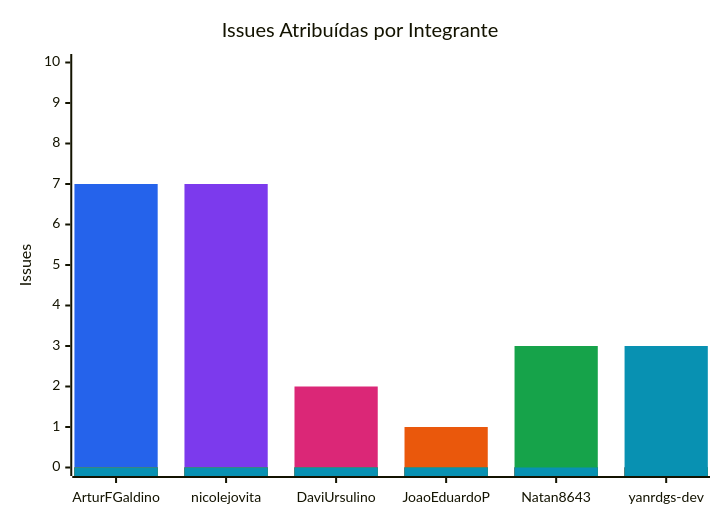
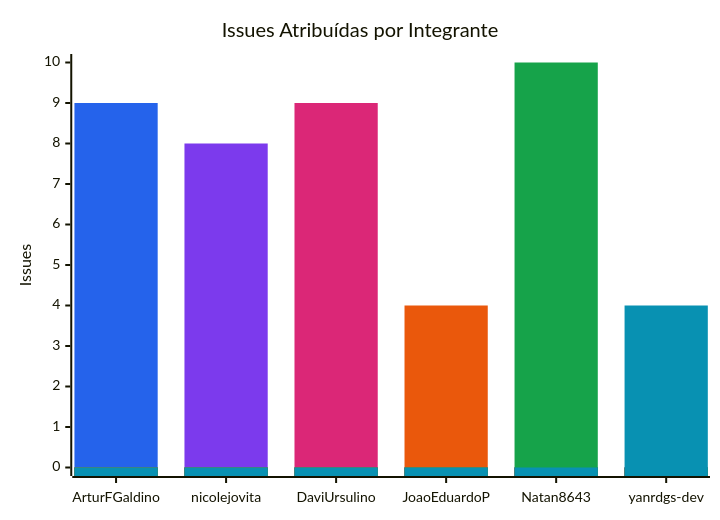
Before and after one commit to FCTE-Qualidade-de-Software-1/2026-2_T02_KAY_MCNULTY: the diagram in snippets/assigned-issues.mmd, drawn with Mermaid. The commit also changed 11 other files, not shown here.

```diff
--- a/snippets/assigned-issues.mmd
+++ b/snippets/assigned-issues.mmd
@@ -1,11 +1,11 @@
 %%{init: {"themeVariables": {"xyChart": {"plotColorPalette": "#2563eb, #7c3aed, #db2777, #ea580c, #16a34a, #0891b2"}}}}%%
 xychart-beta
     title "Issues Atribuídas por Integrante"
     x-axis ["ArturFGaldino", "nicolejovita", "DaviUrsulino", "JoaoEduardoP", "Natan8643", "yanrdgs-dev"]
     y-axis "Issues" 0 --> 10
-    bar [7, 0, 0, 0, 0, 0]
-    bar [0, 7, 0, 0, 0, 0]
-    bar [0, 0, 2, 0, 0, 0]
-    bar [0, 0, 0, 1, 0, 0]
-    bar [0, 0, 0, 0, 3, 0]
-    bar [0, 0, 0, 0, 0, 3]
+    bar [9, 0, 0, 0, 0, 0]
+    bar [0, 8, 0, 0, 0, 0]
+    bar [0, 0, 9, 0, 0, 0]
+    bar [0, 0, 0, 4, 0, 0]
+    bar [0, 0, 0, 0, 10, 0]
+    bar [0, 0, 0, 0, 0, 4]
```
